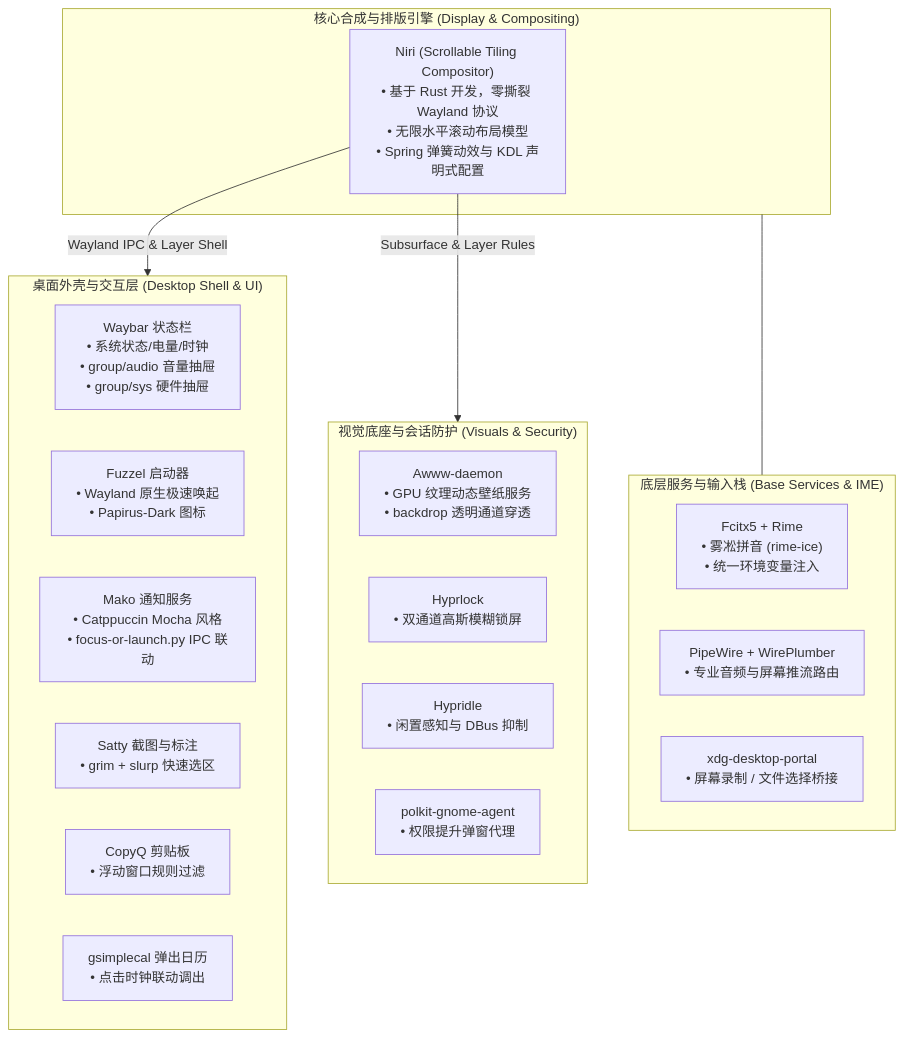
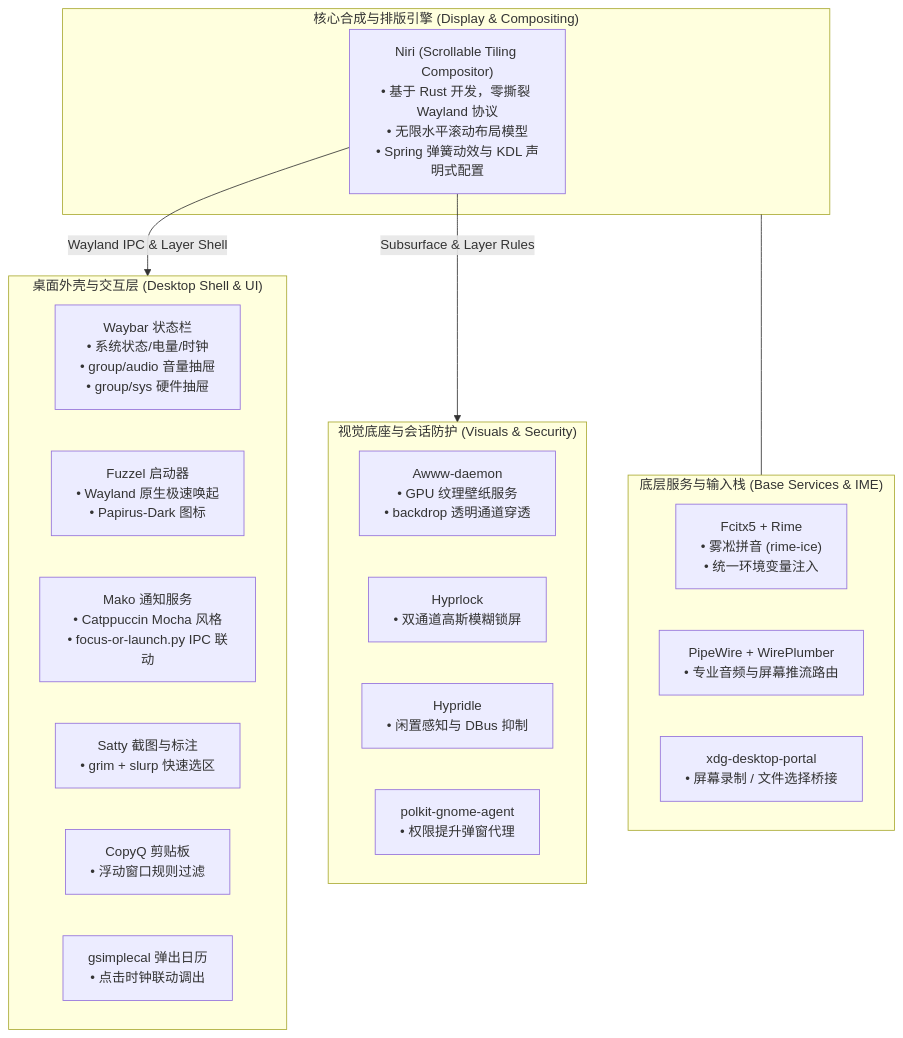
The diagram in README.md (eilthorne1130-lwh1130/EilNiri), drawn with Mermaid before and after one commit. The commit also changed other lines of this file, not shown here.

````diff
--- a/README.md
+++ b/README.md
@@ -348,32 +348,32 @@
 ```mermaid
 flowchart TD
     subgraph Core ["核心合成与排版引擎 (Display & Compositing)"]
         Niri["Niri (Scrollable Tiling Compositor)<br>• 基于 Rust 开发，零撕裂 Wayland 协议<br>• 无限水平滚动布局模型<br>• Spring 弹簧动效与 KDL 声明式配置"]
     end
 
     subgraph DesktopShell ["桌面外壳与交互层 (Desktop Shell & UI)"]
         Waybar["Waybar 状态栏<br>• 系统状态/电量/时钟<br>• group/audio 音量抽屉<br>• group/sys 硬件抽屉"]
         Fuzzel["Fuzzel 启动器<br>• Wayland 原生极速唤起<br>• Papirus-Dark 图标"]
         Mako["Mako 通知服务<br>• Catppuccin Mocha 风格<br>• focus-or-launch.py IPC 联动"]
         Satty["Satty 截图与标注<br>• grim + slurp 快速选区"]
         CopyQ["CopyQ 剪贴板<br>• 浮动窗口规则过滤"]
         Gsimplecal["gsimplecal 弹出日历<br>• 点击时钟联动调出"]
     end
 
     subgraph VisualSession ["视觉底座与会话防护 (Visuals & Security)"]
-        Awww["Awww-daemon<br>• GPU 纹理动态壁纸服务<br>• backdrop 透明通道穿透"]
+        Awww["Awww-daemon<br>• GPU 纹理壁纸服务<br>• backdrop 透明通道穿透"]
         Hyprlock["Hyprlock<br>• 双通道高斯模糊锁屏"]
         Hypridle["Hypridle<br>• 闲置感知与 DBus 抑制"]
         Polkit["polkit-gnome-agent<br>• 权限提升弹窗代理"]
     end
 
     subgraph InputAudio ["底层服务与输入栈 (Base Services & IME)"]
         Fcitx5["Fcitx5 + Rime<br>• 雾凇拼音 (rime-ice)<br>• 统一环境变量注入"]
         PipeWire["PipeWire + WirePlumber<br>• 专业音频与屏幕推流路由"]
         Portal["xdg-desktop-portal<br>• 屏幕录制 / 文件选择桥接"]
     end
 
     Niri -->|Wayland IPC & Layer Shell| DesktopShell
     Niri -->|Subsurface & Layer Rules| VisualSession
     Core --- InputAudio
 ```
````
